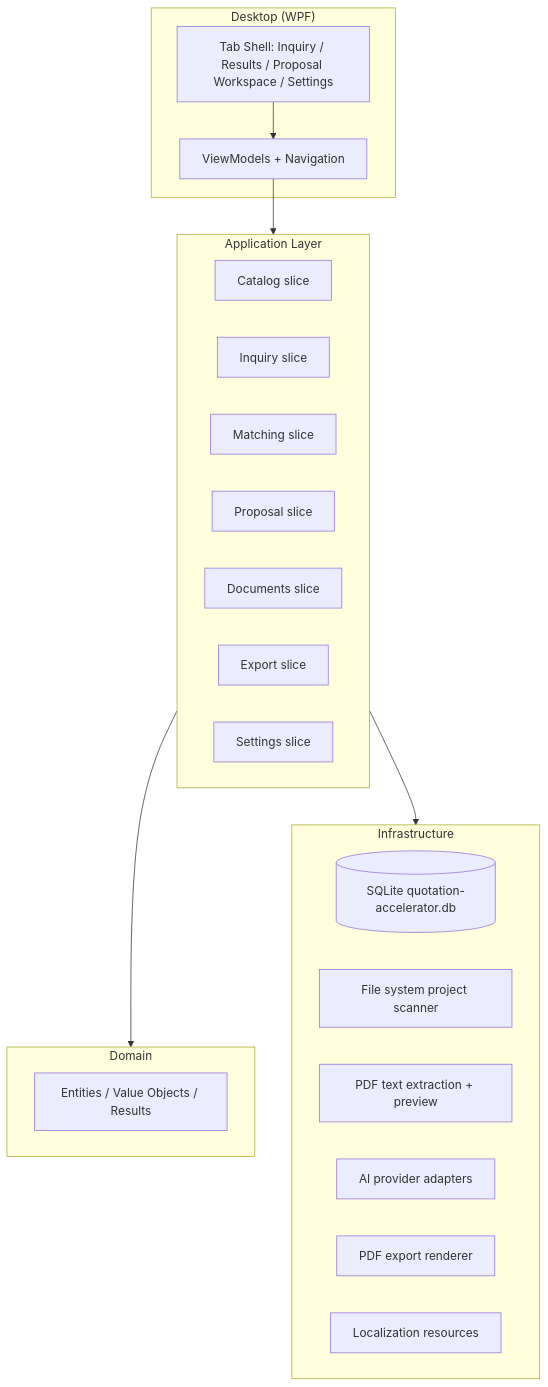
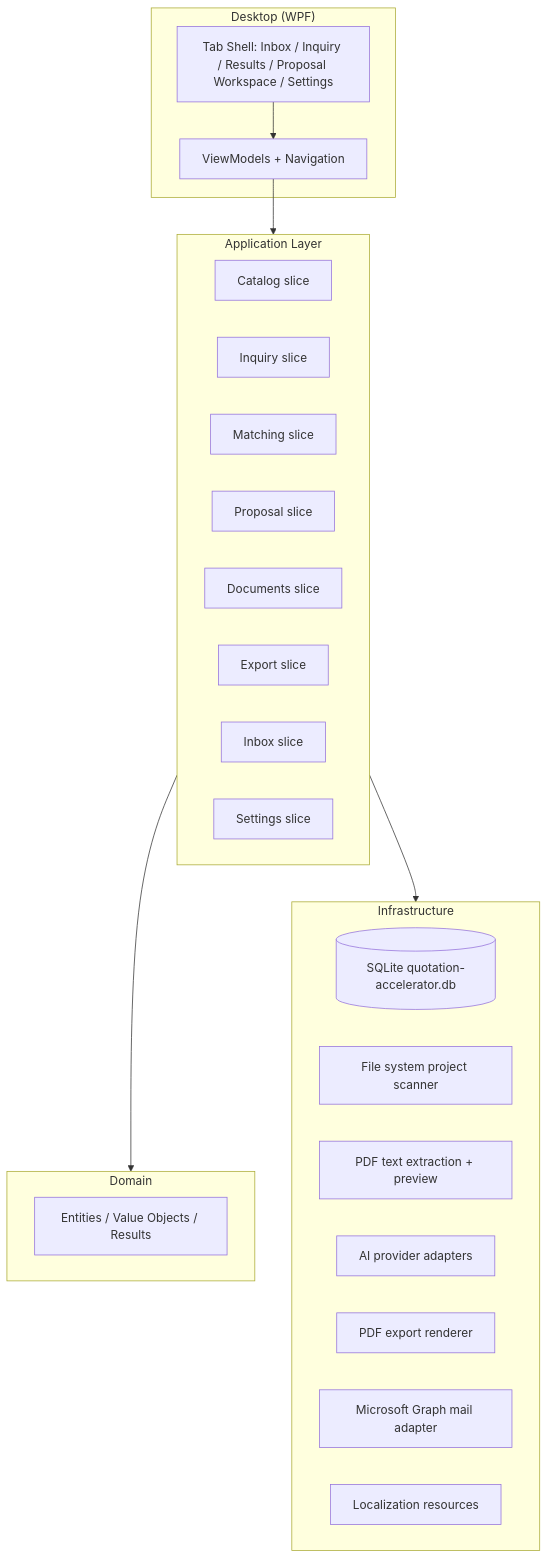
Before and after one commit to HeckelRobert/contract-manufacturing-assistant: the second of 4 diagrams in docs/architecture.md, drawn with Mermaid. The commit also changed other lines of this file and 125 other files, not shown here.

````diff
--- a/docs/architecture.md
+++ b/docs/architecture.md
@@ -48,34 +48,36 @@
 ```mermaid
 flowchart TB
   subgraph Desktop["Desktop (WPF)"]
-    UI[Tab Shell: Inquiry / Results / Proposal Workspace / Settings]
+    UI[Tab Shell: Inbox / Inquiry / Results / Proposal Workspace / Settings]
     VM[ViewModels + Navigation]
   end
 
   subgraph Application["Application Layer"]
     Catalog[Catalog slice]
     Inquiry[Inquiry slice]
     Matching[Matching slice]
     Proposal[Proposal slice]
     Documents[Documents slice]
     Export[Export slice]
+    Inbox[Inbox slice]
     SettingsApp[Settings slice]
   end
 
   subgraph Domain["Domain"]
     Models[Entities / Value Objects / Results]
   end
 
   subgraph Infrastructure["Infrastructure"]
     Sqlite[(SQLite quotation-accelerator.db)]
     FileSys[File system project scanner]
     Pdf[PDF text extraction + preview]
     Ai[AI provider adapters]
     PdfExport[PDF export renderer]
+    Mail[Microsoft Graph mail adapter]
     I18n[Localization resources]
   end
 
   UI --> VM --> Application
   Application --> Domain
   Application --> Infrastructure
 ```
````
